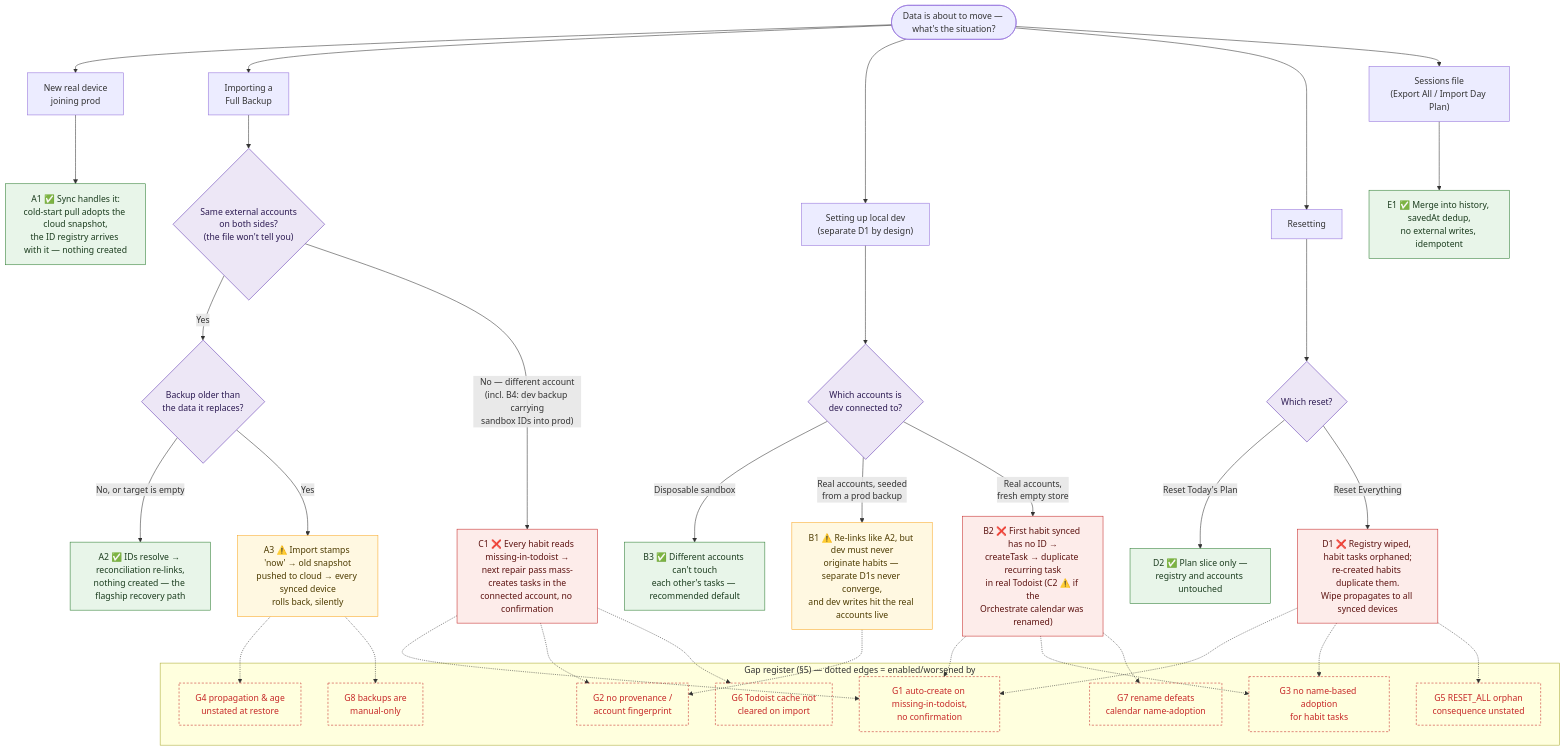
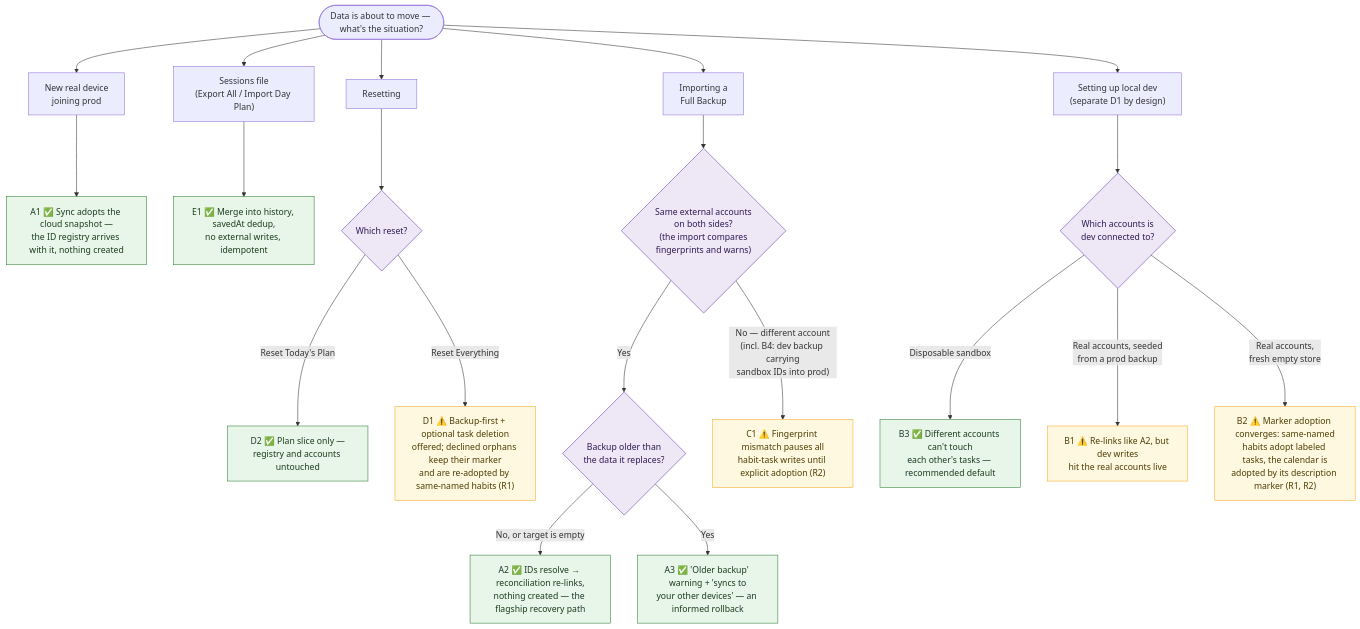
Before and after one commit to Sadeeptha-B/orchestrate: the diagram in docs/reference/backup_and_restore.md, drawn with Mermaid. The commit also changed other lines of this file and 30 other files, not shown here.

First line of the commit message:
feat: implement account fingerprinting for external accounts, ascii buddy and calendar edit timeline

````diff
--- a/docs/reference/backup_and_restore.md
+++ b/docs/reference/backup_and_restore.md
@@ -98,64 +125,37 @@
 ```mermaid
 flowchart TD
     Start(["Data is about to move — what's the situation?"])
 
     Start --> DEVICE["New real device<br/>joining prod"]
     Start --> BACKUP["Importing a<br/>Full Backup"]
     Start --> DEV["Setting up local dev<br/>(separate D1 by design)"]
     Start --> RESET["Resetting"]
     Start --> SESSIONS["Sessions file<br/>(Export All / Import Day Plan)"]
 
-    %% Shared database — sync, not backup
-    DEVICE --> A1["A1 ✅ Sync handles it:<br/>cold-start pull adopts the cloud snapshot,<br/>the ID registry arrives with it — nothing created"]
+    DEVICE --> A1["A1 ✅ Sync adopts the cloud snapshot —<br/>the ID registry arrives with it, nothing created"]
 
-    %% Sessions-only files
     SESSIONS --> E1["E1 ✅ Merge into history, savedAt dedup,<br/>no external writes, idempotent"]
 
-    %% Resets
     RESET --> RQ{Which reset?}
     RQ -->|Reset Today's Plan| D2["D2 ✅ Plan slice only —<br/>registry and accounts untouched"]
-    RQ -->|Reset Everything| D1["D1 ❌ Registry wiped, habit tasks orphaned;<br/>re-created habits duplicate them.<br/>Wipe propagates to all synced devices"]
+    RQ -->|Reset Everything| D1["D1 ⚠️ Backup-first + optional task deletion<br/>offered; declined orphans keep their marker<br/>and are re-adopted by same-named habits (R1)"]
 
-    %% Full Backup import
-    BACKUP --> BQ{"Same external accounts<br/>on both sides?<br/>(the file won't tell you)"}
+    BACKUP --> BQ{"Same external accounts<br/>on both sides?<br/>(the import compares<br/>fingerprints and warns)"}
     BQ -->|Yes| AGEQ{"Backup older than<br/>the data it replaces?"}
     AGEQ -->|"No, or target is empty"| A2["A2 ✅ IDs resolve → reconciliation re-links,<br/>nothing created — the flagship recovery path"]
-    AGEQ -->|Yes| A3["A3 ⚠️ Import stamps 'now' → old snapshot<br/>pushed to cloud → every synced device<br/>rolls back, silently"]
-    BQ -->|"No — different account<br/>(incl. B4: dev backup carrying<br/>sandbox IDs into prod)"| C1["C1 ❌ Every habit reads missing-in-todoist →<br/>next repair pass mass-creates tasks in the<br/>connected account, no confirmation"]
+    AGEQ -->|Yes| A3["A3 ✅ 'Older backup' warning + 'syncs to<br/>your other devices' — an informed rollback"]
+    BQ -->|"No — different account<br/>(incl. B4: dev backup carrying<br/>sandbox IDs into prod)"| C1["C1 ⚠️ Fingerprint mismatch pauses all<br/>habit-task writes until explicit adoption (R2)"]
 
-    %% Local dev
     DEV --> DQ{Which accounts is<br/>dev connected to?}
     DQ -->|Disposable sandbox| B3["B3 ✅ Different accounts can't touch<br/>each other's tasks — recommended default"]
-    DQ -->|"Real accounts, seeded<br/>from a prod backup"| B1["B1 ⚠️ Re-links like A2, but dev must never<br/>originate habits — separate D1s never converge,<br/>and dev writes hit the real accounts live"]
-    DQ -->|"Real accounts,<br/>fresh empty store"| B2["B2 ❌ First habit synced has no ID →<br/>createTask → duplicate recurring task<br/>in real Todoist (C2 ⚠️ if the<br/>Orchestrate calendar was renamed)"]
-
-    %% Gap register
-    subgraph GAPS["Gap register (§5) — dotted edges = enabled/worsened by"]
-        G1["G1 auto-create on missing-in-todoist,<br/>no confirmation"]
-        G2["G2 no provenance /<br/>account fingerprint"]
-        G3["G3 no name-based adoption<br/>for habit tasks"]
-        G4["G4 propagation & age<br/>unstated at restore"]
-        G5["G5 RESET_ALL orphan<br/>consequence unstated"]
-        G6["G6 Todoist cache not<br/>cleared on import"]
-        G7["G7 rename defeats<br/>calendar name-adoption"]
-        G8["G8 backups are<br/>manual-only"]
-    end
-
-    C1 -.-> G1 & G2 & G6
-    B2 -.-> G1 & G3 & G7
-    B1 -.-> G2
-    D1 -.-> G1 & G3 & G5
-    A3 -.-> G4 & G8
+    DQ -->|"Real accounts, seeded<br/>from a prod backup"| B1["B1 ⚠️ Re-links like A2, but dev writes<br/>hit the real accounts live"]
+    DQ -->|"Real accounts,<br/>fresh empty store"| B2["B2 ⚠️ Marker adoption converges: same-named<br/>habits adopt labeled tasks, the calendar is<br/>adopted by its description marker (R1, R2)"]
 
     classDef safe fill:#e8f5e9,stroke:#2e7d32,color:#1b3c1e
     classDef warn fill:#fff8e1,stroke:#f9a825,color:#4d3b00
-    classDef danger fill:#fdecea,stroke:#c62828,color:#5c1210
-    classDef gap fill:#fdecea00,stroke:#c62828,stroke-dasharray:4 3,color:#c62828
     classDef q fill:#ede7f6,stroke:#5e35b1,color:#2c1a52
 
-    class A1,A2,B3,D2,E1 safe
-    class A3,B1 warn
-    class B2,C1,D1 danger
-    class G1,G2,G3,G4,G5,G6,G7,G8 gap
+    class A1,A2,A3,B3,D2,E1 safe
+    class B1,B2,C1,D1 warn
     class BQ,AGEQ,DQ,RQ q
 ```
````
